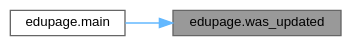
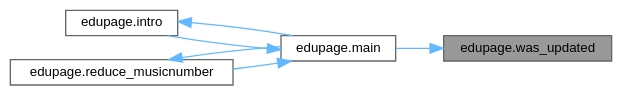
One commit to GrenManSK/ZnamE changed the diagram in rtf/d0/d52/namespaceedupage_ace1585dbbb7d7564c87b8154c519ec73_icgraph.dot. Above: the diagram before and after it, drawn with Graphviz. The commit also changed 379 other files, not shown here.

```diff
--- a/rtf/d0/d52/namespaceedupage_ace1585dbbb7d7564c87b8154c519ec73_icgraph.dot
+++ b/rtf/d0/d52/namespaceedupage_ace1585dbbb7d7564c87b8154c519ec73_icgraph.dot
@@ -1,11 +1,17 @@
 digraph "edupage.was_updated"
 {
  // LATEX_PDF_SIZE
   bgcolor="transparent";
   edge [fontname=Helvetica,fontsize=10,labelfontname=Helvetica,labelfontsize=10];
   node [fontname=Helvetica,fontsize=10,shape=box,height=0.2,width=0.4];
   rankdir="RL";
   Node1 [label="edupage.was_updated",height=0.2,width=0.4,color="gray40", fillcolor="grey60", style="filled", fontcolor="black",tooltip=" "];
   Node1 -> Node2 [dir="back",color="steelblue1",style="solid"];
   Node2 [label="edupage.main",height=0.2,width=0.4,color="grey40", fillcolor="white", style="filled",URL="$d0/d52/namespaceedupage.html#a187508ee0d9f19d584a130cc5cba0c27",tooltip=" "];
+  Node2 -> Node3 [dir="back",color="steelblue1",style="solid"];
+  Node3 [label="edupage.intro",height=0.2,width=0.4,color="grey40", fillcolor="white", style="filled",URL="$d0/d52/namespaceedupage.html#a316dc71e49505324d14deee19eccd566",tooltip=" "];
+  Node3 -> Node2 [dir="back",color="steelblue1",style="solid"];
+  Node2 -> Node4 [dir="back",color="steelblue1",style="solid"];
+  Node4 [label="edupage.reduce_musicnumber",height=0.2,width=0.4,color="grey40", fillcolor="white", style="filled",URL="$d0/d52/namespaceedupage.html#a11c2d421fc103b70ae07e919a3929cd8",tooltip=" "];
+  Node4 -> Node2 [dir="back",color="steelblue1",style="solid"];
 }
```
